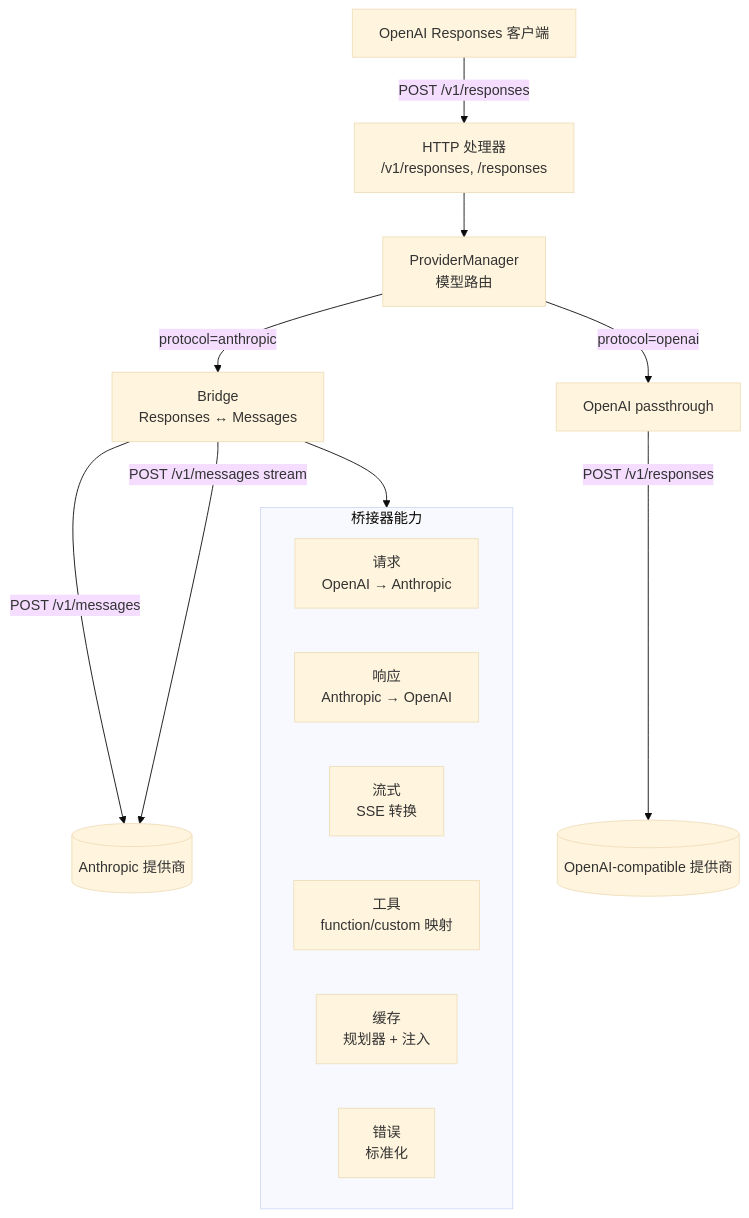
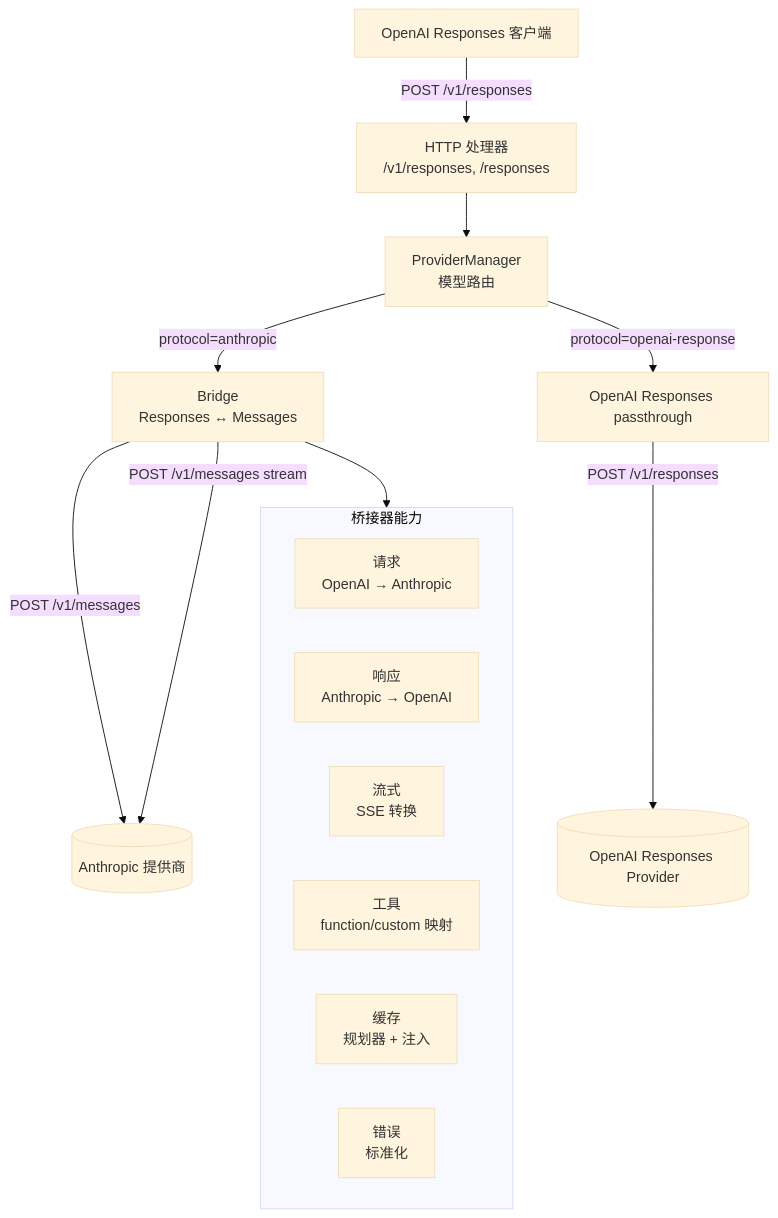
Before and after one commit to soheidon/moon-bridge-desktop: the diagram in docs/anthropic-messages-to-openai-responses-bridge.md, drawn with Mermaid (base theme). The commit also changed other lines of this file and 16 other files, not shown here.

First line of the commit message:
🦄 refactor(cmd): 重命名 openai 协议为 openai-response 并重构 CLI 启动流程

````diff
--- a/docs/anthropic-messages-to-openai-responses-bridge.md
+++ b/docs/anthropic-messages-to-openai-responses-bridge.md
@@ -9,22 +9,22 @@
 ```mermaid
 flowchart TD
     A[OpenAI Responses 客户端] -->|POST /v1/responses| B[HTTP 处理器<br/>/v1/responses, /responses]
     B --> C[ProviderManager<br/>模型路由]
     C -->|protocol=anthropic| D[Bridge<br/>Responses ↔ Messages]
-    C -->|protocol=openai| E[OpenAI passthrough]
+    C -->|protocol=openai-response| E[OpenAI Responses passthrough]
     D -->|POST /v1/messages| F[(Anthropic 提供商)]
     D -->|POST /v1/messages stream| F
-    E -->|POST /v1/responses| G[(OpenAI-compatible 提供商)]
+    E -->|POST /v1/responses| G[(OpenAI Responses Provider)]
 
     subgraph BridgeDetails [桥接器能力]
         direction LR
         C1[请求<br/>OpenAI → Anthropic]
         C2[响应<br/>Anthropic → OpenAI]
         C3[流式<br/>SSE 转换]
         C4[工具<br/>function/custom 映射]
         C5[缓存<br/>规划器 + 注入]
         C6[错误<br/>标准化]
     end
 
     D --> BridgeDetails
 ```
````
